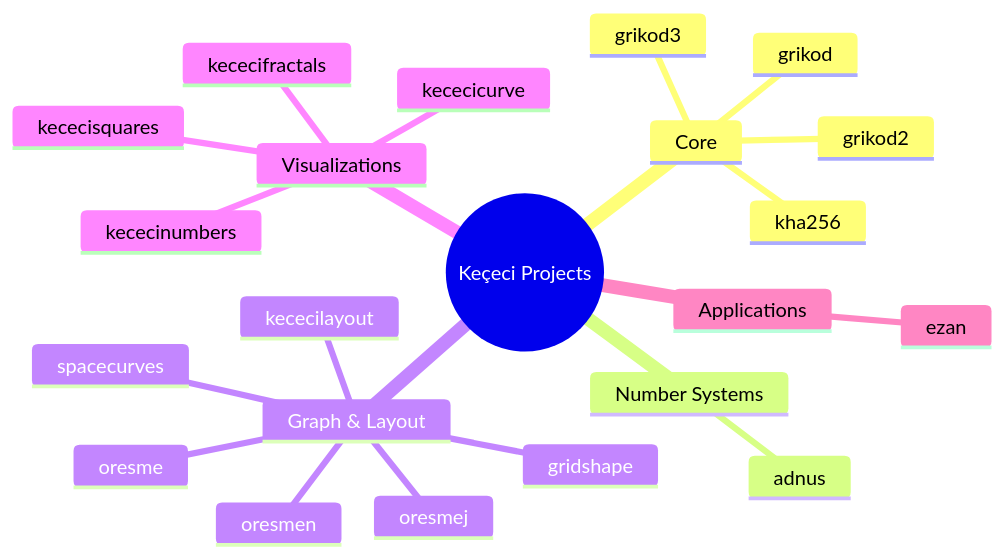
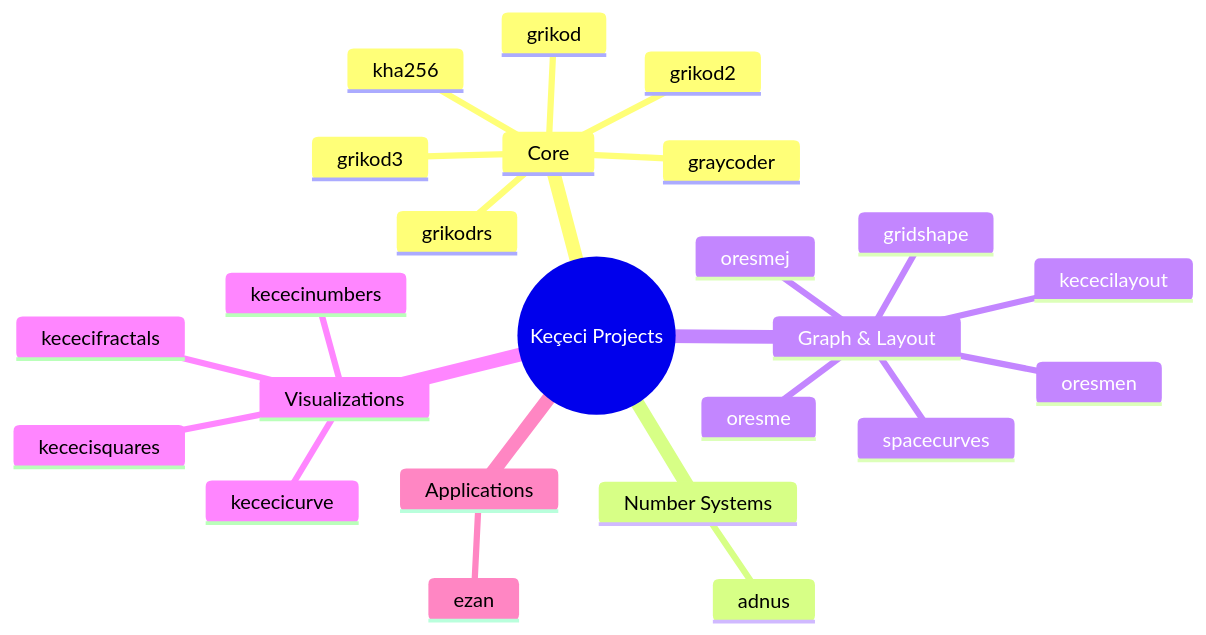
Before and after one commit to WhiteSymmetry/WhiteSymmetry: the fifth of 5 diagrams in README.md, drawn with Mermaid. The commit also changed other lines of this file, not shown here.

````diff
--- a/README.md
+++ b/README.md
@@ -236,25 +240,27 @@
 ```mermaid
 mindmap
   root((Keçeci Projects))
     Core
       grikod
       grikod2
       grikod3
+      graycoder
+      grikodrs
       kha256
     Number Systems
       adnus
     Graph & Layout
       oresme
       oresmej
       oresmen
       kececilayout
       gridshape
       spacecurves
     Visualizations
       kececifractals
       kececicurve
       kececisquares
       kececinumbers
     Applications
       ezan
 ```
````
